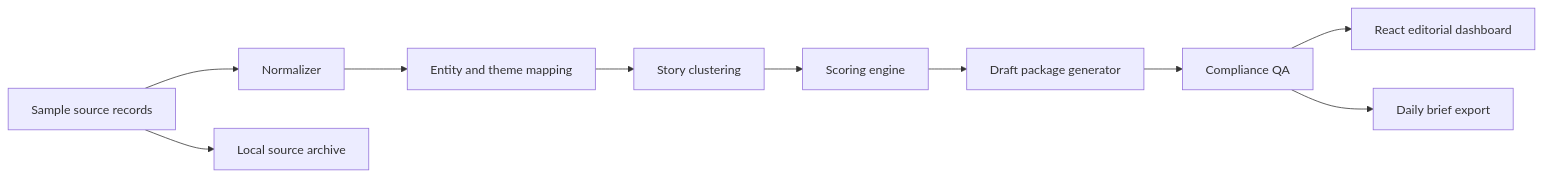
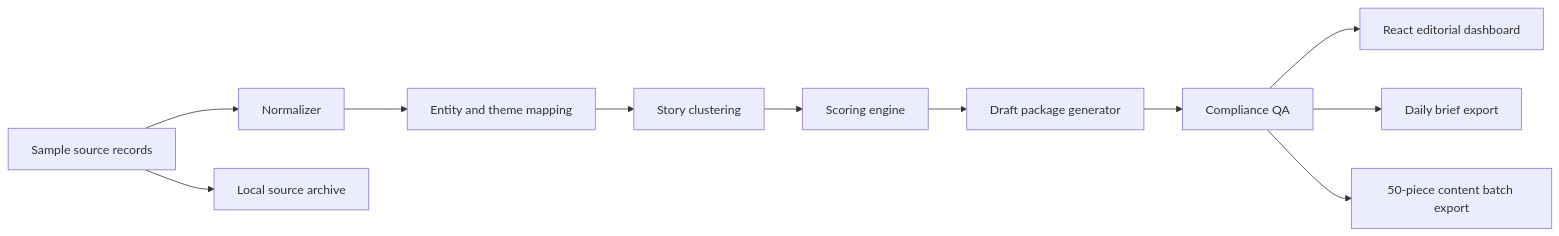
The first of 2 diagrams in docs/ARCHITECTURE.md (ijmontei/finbrand), drawn with Mermaid before and after one commit. The commit also changed other lines of this file and 9 other files, not shown here.

Commit message:
Add 50-piece content batch export

````diff
--- a/docs/ARCHITECTURE.md
+++ b/docs/ARCHITECTURE.md
@@ -5,12 +5,13 @@
 ```mermaid
 flowchart LR
     A["Sample source records"] --> B["Normalizer"]
     A --> I["Local source archive"]
     B --> C["Entity and theme mapping"]
     C --> D["Story clustering"]
     D --> E["Scoring engine"]
     E --> F["Draft package generator"]
     F --> G["Compliance QA"]
     G --> H["React editorial dashboard"]
     G --> J["Daily brief export"]
+    G --> K["50-piece content batch export"]
 ```
````
